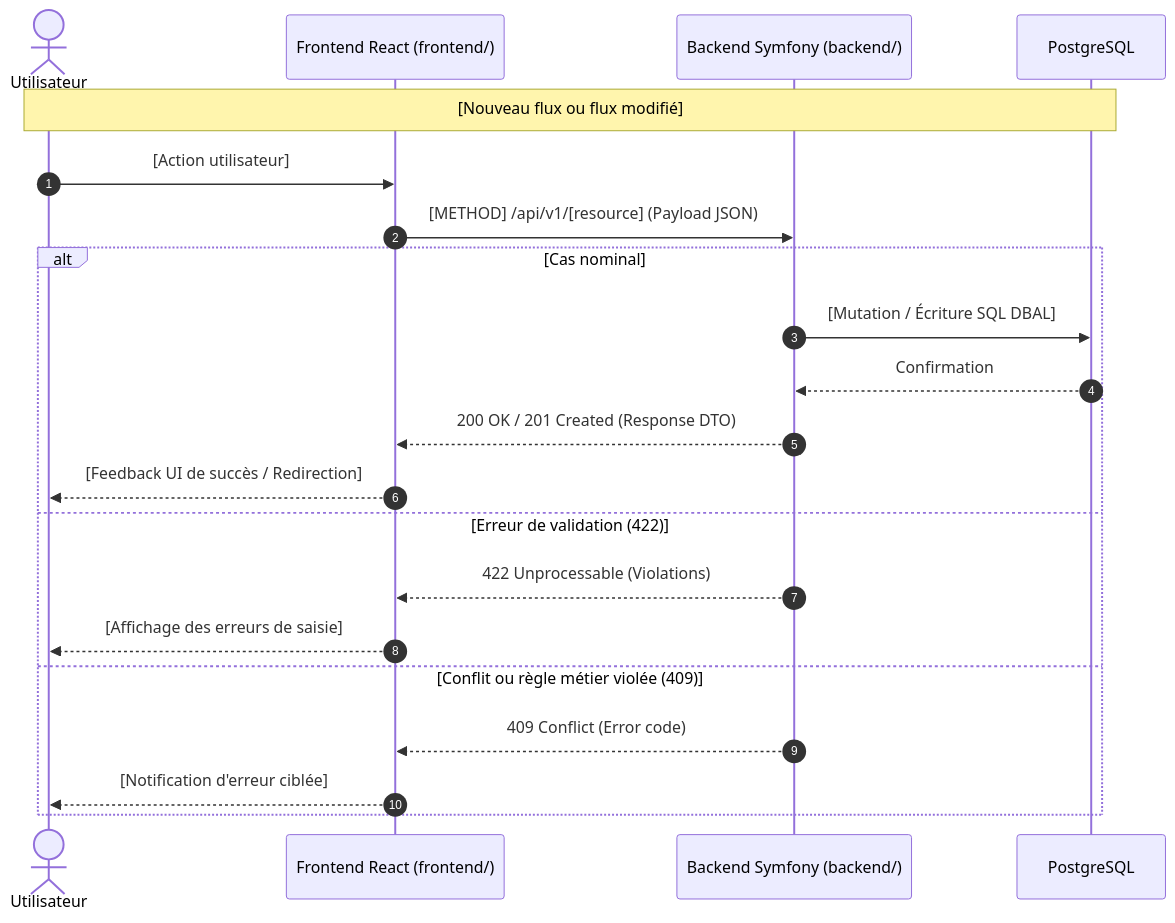
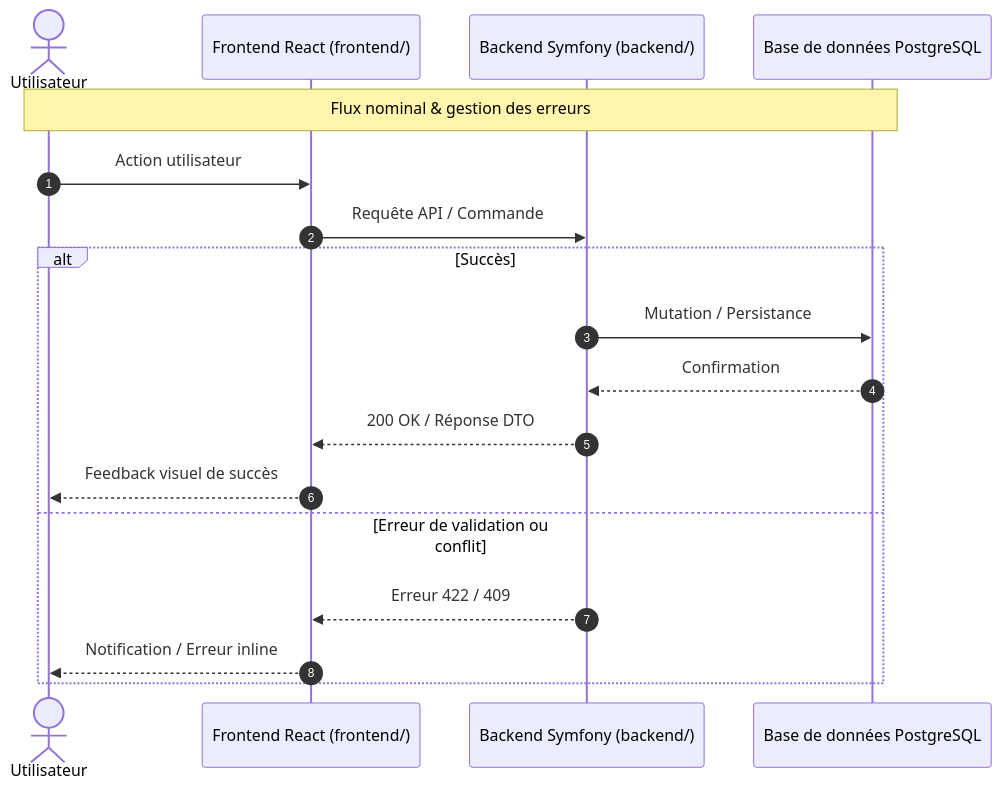
Before and after one commit to ngdo-pro/nanko: the diagram in .specs/CHANGE_TEMPLATE.md, drawn with Mermaid. The commit also changed other lines of this file and 9 other files, not shown here.

````diff
--- a/.specs/CHANGE_TEMPLATE.md
+++ b/.specs/CHANGE_TEMPLATE.md
@@ -23,24 +27,21 @@
 ```mermaid
 sequenceDiagram
     autonumber
     actor U as Utilisateur
     participant F as Frontend React (frontend/)
     participant B as Backend Symfony (backend/)
-    participant DB as PostgreSQL
+    participant DB as Base de données PostgreSQL
 
-    Note over U,DB: [Nouveau flux ou flux modifié]
-    U->>F: [Action utilisateur]
-    F->>B: [METHOD] /api/v1/[resource] (Payload JSON)
-    alt Cas nominal
-        B->>DB: [Mutation / Écriture SQL DBAL]
+    Note over U,DB: Flux nominal & gestion des erreurs
+    U->>F: Action utilisateur
+    F->>B: Requête API / Commande
+    alt Succès
+        B->>DB: Mutation / Persistance
         DB-->>B: Confirmation
-        B-->>F: 200 OK / 201 Created (Response DTO)
-        F-->>U: [Feedback UI de succès / Redirection]
-    else Erreur de validation (422)
-        B-->>F: 422 Unprocessable (Violations)
-        F-->>U: [Affichage des erreurs de saisie]
-    else Conflit ou règle métier violée (409)
-        B-->>F: 409 Conflict (Error code)
-        F-->>U: [Notification d'erreur ciblée]
+        B-->>F: 200 OK / Réponse DTO
+        F-->>U: Feedback visuel de succès
+    else Erreur de validation ou conflit
+        B-->>F: Erreur 422 / 409
+        F-->>U: Notification / Erreur inline
     end
 ```
````
